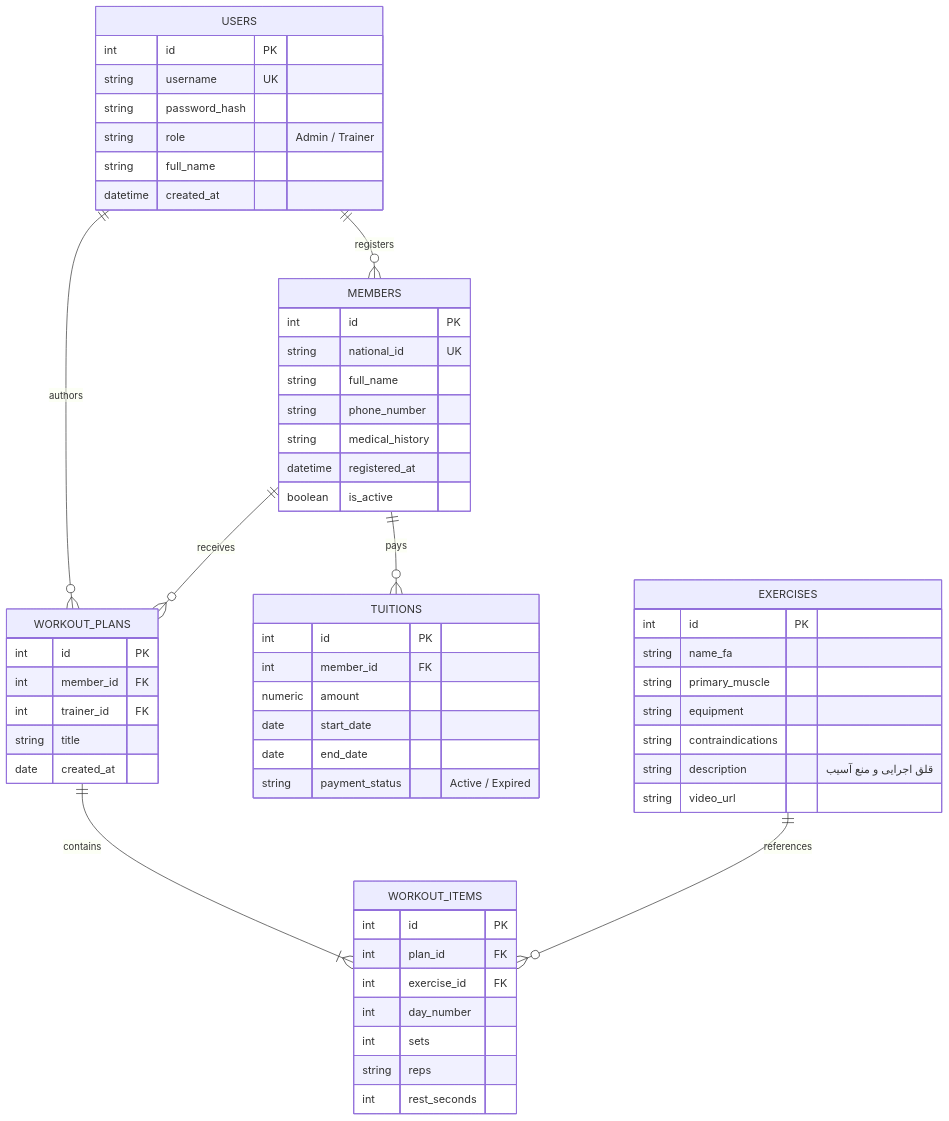
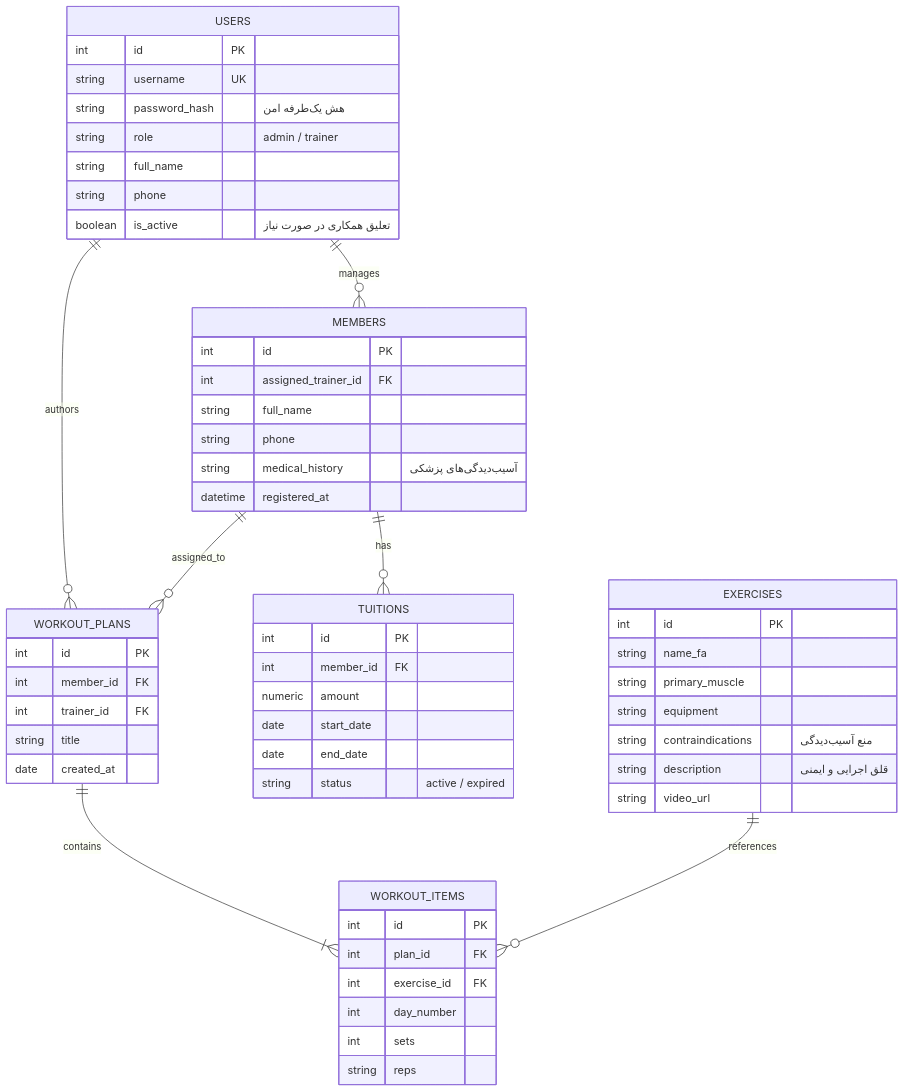
Before and after one commit to AbolfazlSamadi2006/Nemov-App: the fourth of 4 diagrams in docs/phase-2_diagrams-and-system-design/README.md, drawn with Mermaid. The commit also changed other lines of this file and 1 other file, not shown here.

Commit message:
docs(ssad): refine personas, privacy-respecting access controls, license architecture, and UML diagrams

````diff
--- a/docs/phase-2_diagrams-and-system-design/README.md
+++ b/docs/phase-2_diagrams-and-system-design/README.md
@@ -117,65 +117,64 @@
 ```mermaid
 erDiagram
-    USERS ||--o{ MEMBERS : registers
+    USERS ||--o{ MEMBERS : manages
     USERS ||--o{ WORKOUT_PLANS : authors
-    MEMBERS ||--o{ TUITIONS : pays
-    MEMBERS ||--o{ WORKOUT_PLANS : receives
+    MEMBERS ||--o{ TUITIONS : has
+    MEMBERS ||--o{ WORKOUT_PLANS : assigned_to
     WORKOUT_PLANS ||--|{ WORKOUT_ITEMS : contains
     EXERCISES ||--o{ WORKOUT_ITEMS : references
 
     USERS {
         int id PK
         string username UK
-        string password_hash
-        string role "Admin / Trainer"
+        string password_hash "هش یک‌طرفه امن"
+        string role "admin / trainer"
         string full_name
-        datetime created_at
+        string phone
+        boolean is_active "تعلیق همکاری در صورت نیاز"
     }
 
     MEMBERS {
         int id PK
-        string national_id UK
+        int assigned_trainer_id FK
         string full_name
-        string phone_number
-        string medical_history
+        string phone
+        string medical_history "آسیب‌دیدگی‌های پزشکی"
         datetime registered_at
-        boolean is_active
     }
 
     TUITIONS {
         int id PK
         int member_id FK
         numeric amount
         date start_date
         date end_date
-        string payment_status "Active / Expired"
+        string status "active / expired"
     }
 
     EXERCISES {
         int id PK
         string name_fa
         string primary_muscle
         string equipment
-        string contraindications
-        string description "قلق اجرایی و منع آسیب"
+        string contraindications "منع آسیب‌دیدگی"
+        string description "قلق اجرایی و ایمنی"
         string video_url
     }
 
     WORKOUT_PLANS {
         int id PK
         int member_id FK
         int trainer_id FK
         string title
         date created_at
     }
 
     WORKOUT_ITEMS {
         int id PK
         int plan_id FK
         int exercise_id FK
         int day_number
         int sets
         string reps
-        int rest_seconds
     }
 ```
````
